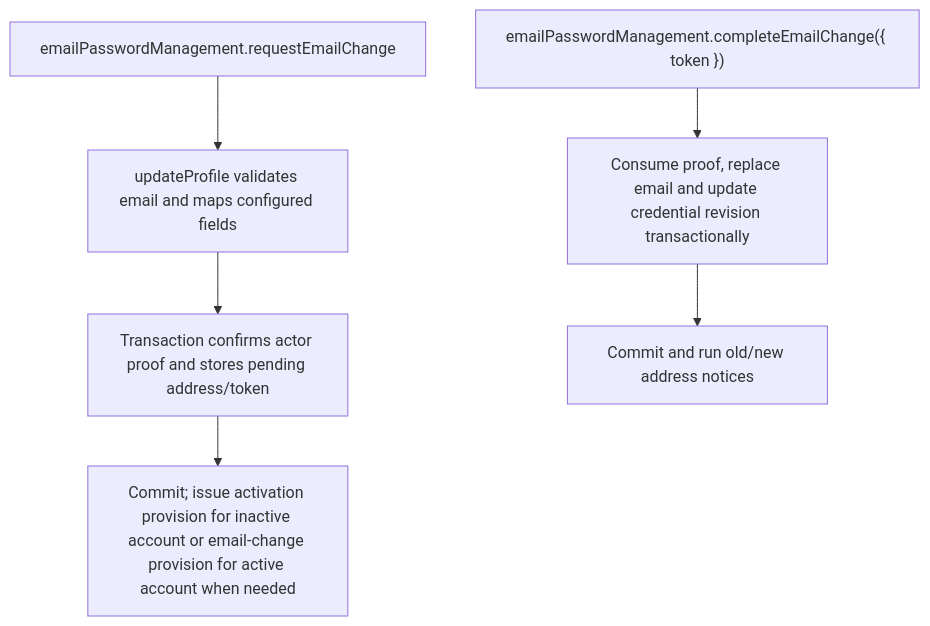
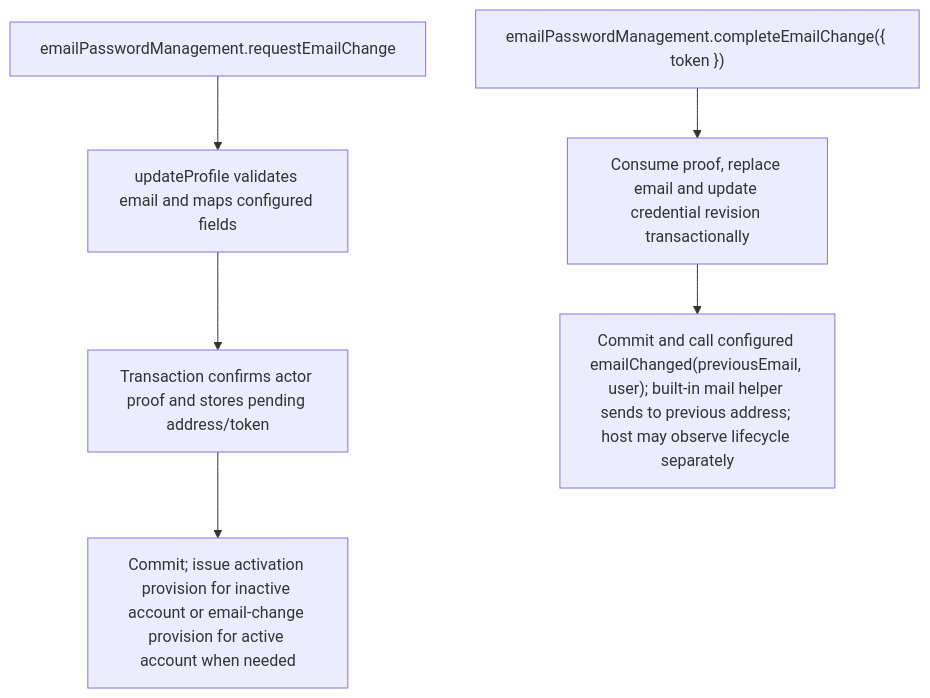
Before and after one commit to Kevinjohn/oss-adonisjs-account-kit: the second of 2 diagrams in user-stories/US-ACCOUNT-06-change-email.md, drawn with Mermaid. The commit also changed other lines of this file and 17 other files, not shown here.

````diff
--- a/user-stories/US-ACCOUNT-06-change-email.md
+++ b/user-stories/US-ACCOUNT-06-change-email.md
@@ -40,8 +40,8 @@
 ```mermaid
 flowchart TD
  A["emailPasswordManagement.requestEmailChange"] --> B["updateProfile validates email and maps configured fields"]
  B --> C["Transaction confirms actor proof and stores pending address/token"]
  C --> D["Commit; issue activation provision for inactive account or email-change provision for active account when needed"]
  E["emailPasswordManagement.completeEmailChange({ token })"] --> F["Consume proof, replace email and update credential revision transactionally"]
- F --> G["Commit and run old/new address notices"]
+ F --> G["Commit and call configured emailChanged(previousEmail, user); built-in mail helper sends to previous address; host may observe lifecycle separately"]
 ```
````
